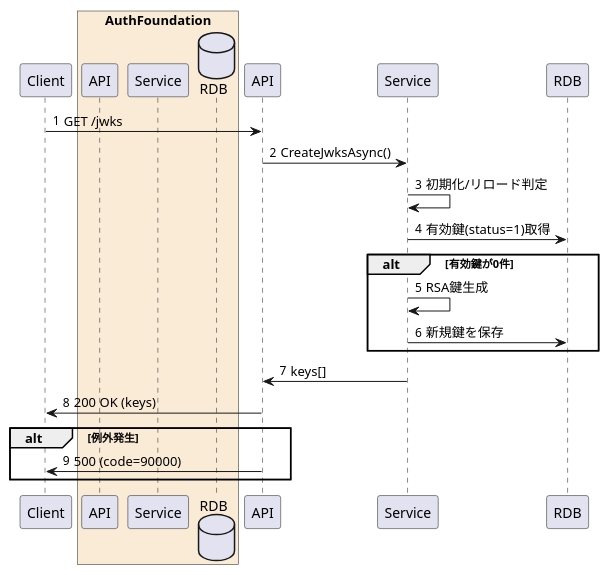
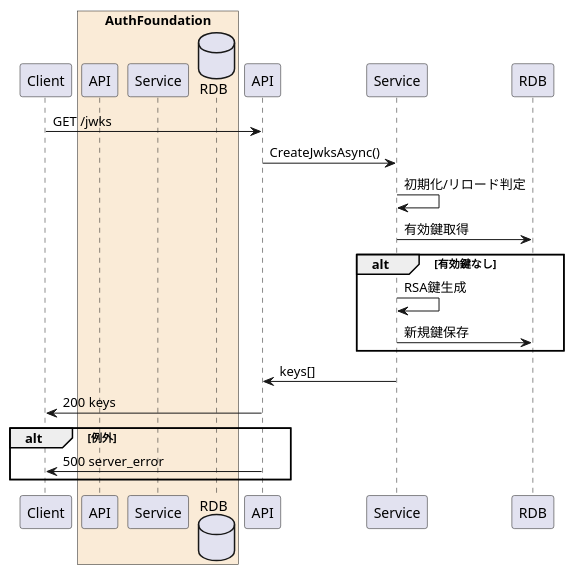
One commit to OsolabAuth/AuthDoc changed the diagram in API/GetJwks.md. Above: the diagram before and after it, drawn with PlantUML. The commit also changed other lines of this file and 16 other files, not shown here.

````diff
--- a/API/GetJwks.md
+++ b/API/GetJwks.md
@@ -63,26 +62,25 @@
 ```plantuml
 @startuml
 participant Client
 box "AuthFoundation" #FAEBD7
   participant API as JwksController
   participant Service as OidcSigningService
   database RDB as jwk_master
 end box
 
-autonumber "<size:12>#"
 Client -> API : GET /jwks
 API -> Service : CreateJwksAsync()
 Service -> Service : 初期化/リロード判定
-Service -> RDB : 有効鍵(status=1)取得
-alt 有効鍵が0件
+Service -> RDB : 有効鍵取得
+alt 有効鍵なし
   Service -> Service : RSA鍵生成
-  Service -> RDB : 新規鍵を保存
+  Service -> RDB : 新規鍵保存
 end
 Service -> API : keys[]
-API -> Client : 200 OK (keys)
+API -> Client : 200 keys
 
-alt 例外発生
-  API -> Client : 500 (code=90000)
+alt 例外
+  API -> Client : 500 server_error
 end
 @enduml
 ```
````
